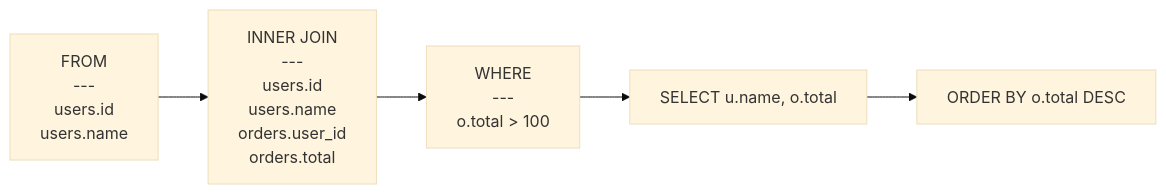
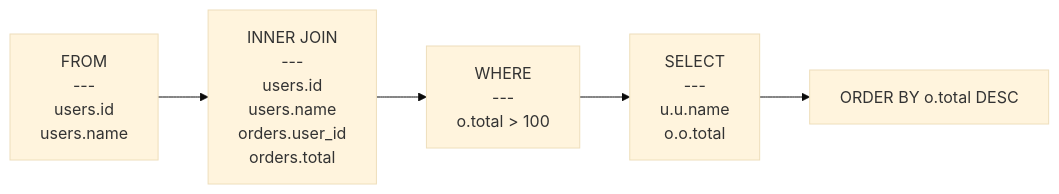
Before and after one commit to rot1024/sqloflow: the diagram in examples/join.mmd, drawn with Mermaid (base theme). The commit also changed 42 other files, not shown here.

```diff
--- a/examples/join.mmd
+++ b/examples/join.mmd
@@ -1,10 +1,10 @@
 flowchart LR
     node_0["FROM<br/>---<br/>users.id<br/>users.name"]
     node_1["INNER JOIN<br/>---<br/>users.id<br/>users.name<br/>orders.user_id<br/>orders.total"]
     node_2["WHERE<br/>---<br/>o.total &gt; 100"]
-    node_3["SELECT u.name, o.total"]
+    node_3["SELECT<br/>---<br/>u.u.name<br/>o.o.total"]
     node_4["ORDER BY o.total DESC"]
     node_0 --> node_1
     node_1 --> node_2
     node_2 --> node_3
     node_3 --> node_4
```
